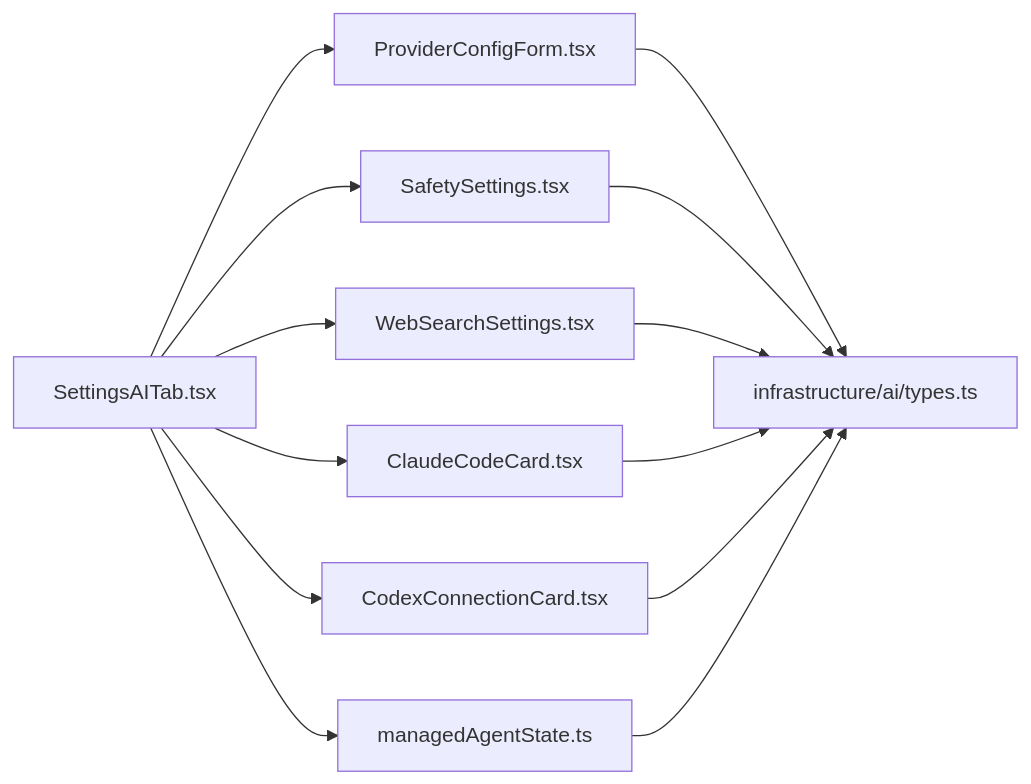
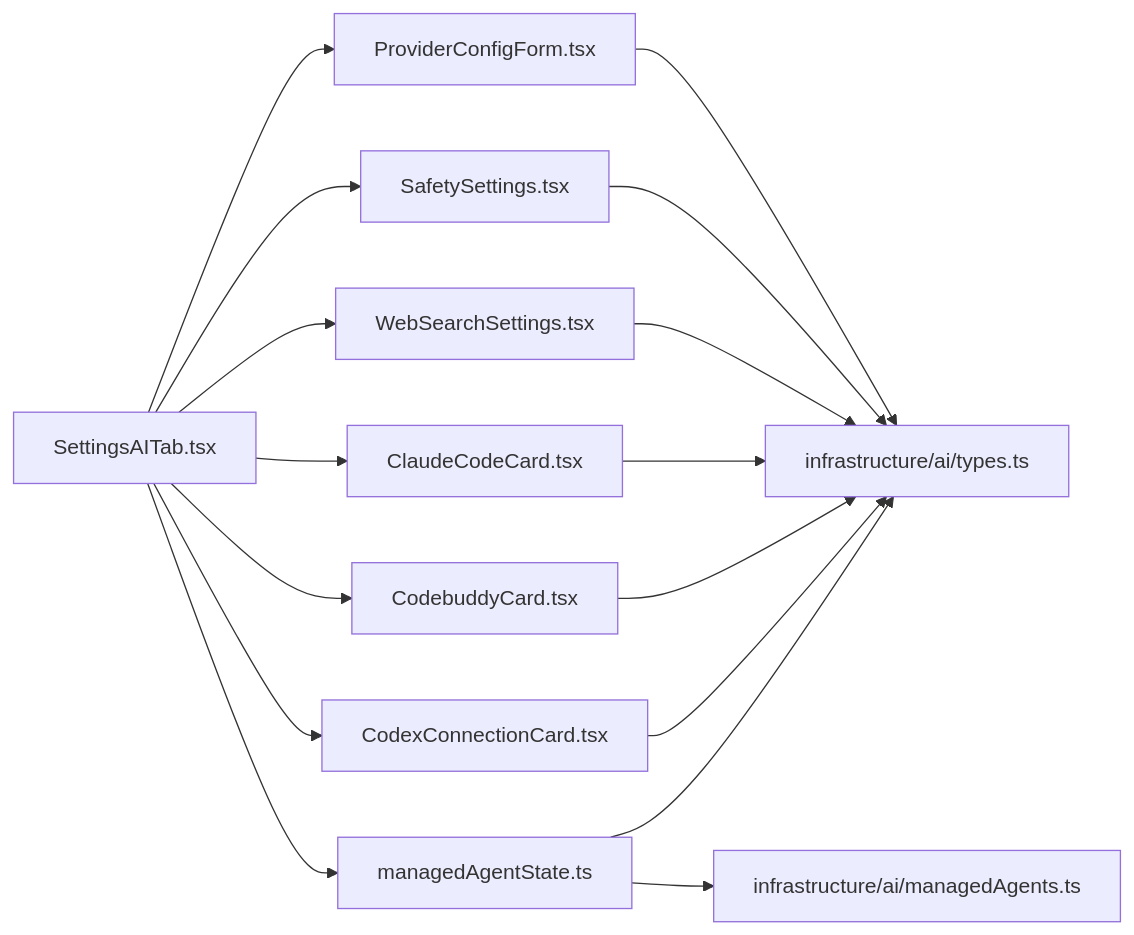
One commit to szeiyou/Netcatty changed the fifth of 5 diagrams in .qoder/repowiki/zh/content/用户指南/设置和配置/AI设置.md. Above: the diagram before and after it, drawn with Mermaid. The commit also changed other lines of this file and 8 other files, not shown here.

````diff
--- a/.qoder/repowiki/zh/content/用户指南/设置和配置/AI设置.md
+++ b/.qoder/repowiki/zh/content/用户指南/设置和配置/AI设置.md
@@ -277,15 +314,18 @@
 ```mermaid
 graph LR
 T["SettingsAITab.tsx"] --> P["ProviderConfigForm.tsx"]
 T --> S["SafetySettings.tsx"]
 T --> W["WebSearchSettings.tsx"]
 T --> C["ClaudeCodeCard.tsx"]
+T --> CB["CodebuddyCard.tsx"]
 T --> X["CodexConnectionCard.tsx"]
 T --> M["managedAgentState.ts"]
 P --> I["infrastructure/ai/types.ts"]
 S --> I
 W --> I
 C --> I
+CB --> I
 X --> I
 M --> I
+M --> MA["infrastructure/ai/managedAgents.ts"]
 ```
````
